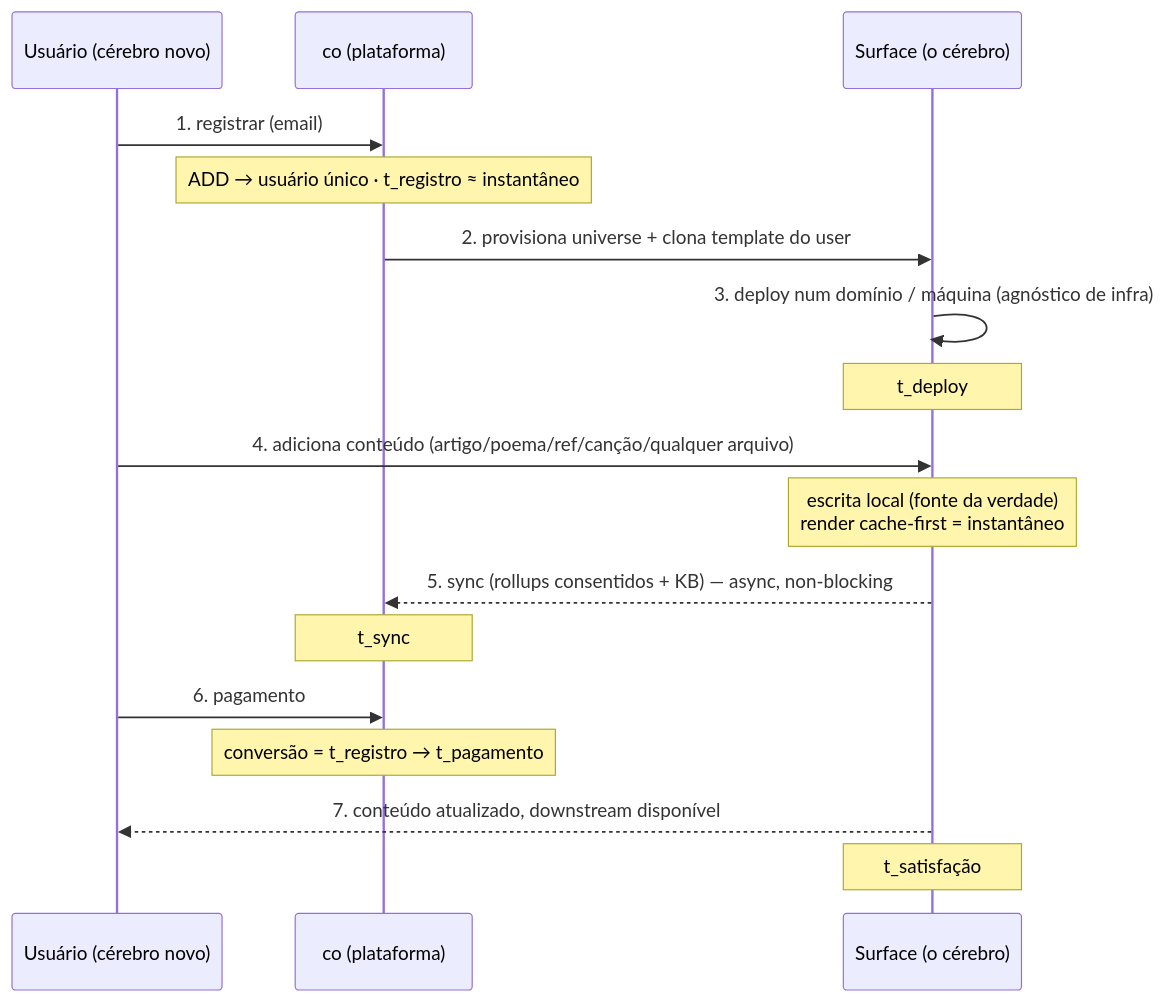
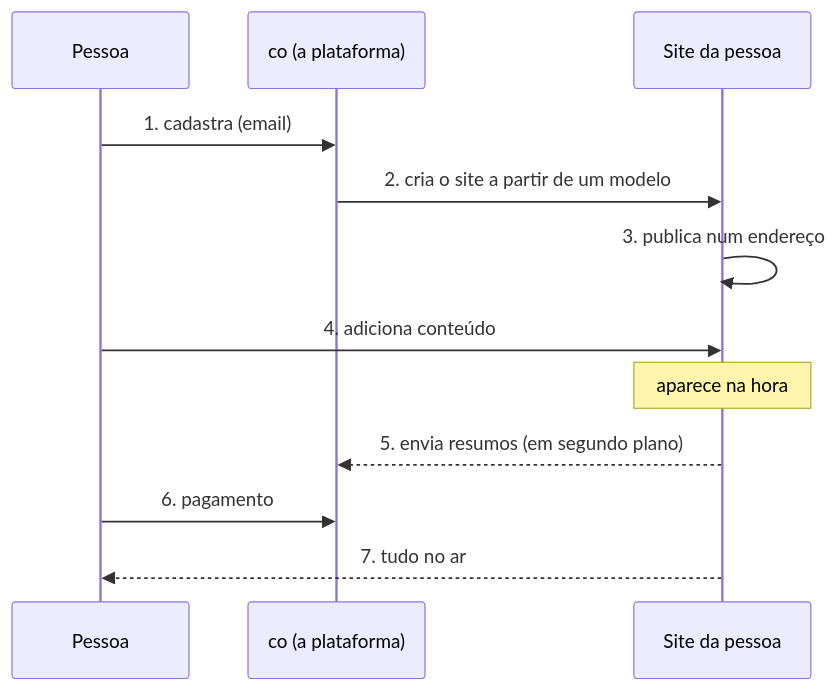
The third of 6 diagrams in docs/intelligence-as-a-service.pt.md (artelonga/ArteLonga), drawn with Mermaid before and after one commit. The commit also changed other lines of this file and 43 other files, not shown here.

First line of the commit message:
feat(docs): diagramas simples e legíveis (sem jargão) em todas as docs (#89)

````diff
--- a/docs/intelligence-as-a-service.pt.md
+++ b/docs/intelligence-as-a-service.pt.md
@@ -131,19 +117,14 @@
 ```mermaid
 sequenceDiagram
-  participant U as Usuário (cérebro novo)
-  participant CO as co (plataforma)
-  participant S as Surface (o cérebro)
-  U->>CO: 1. registrar (email)
-  Note over CO: ADD → usuário único · t_registro ≈ instantâneo
-  CO->>S: 2. provisiona universe + clona template do user
-  S->>S: 3. deploy num domínio / máquina (agnóstico de infra)
-  Note over S: t_deploy
-  U->>S: 4. adiciona conteúdo (artigo/poema/ref/canção/qualquer arquivo)
-  Note over S: escrita local (fonte da verdade)<br/>render cache-first = instantâneo
-  S-->>CO: 5. sync (rollups consentidos + KB) — async, non-blocking
-  Note over CO: t_sync
+  participant U as Pessoa
+  participant CO as co (a plataforma)
+  participant S as Site da pessoa
+  U->>CO: 1. cadastra (email)
+  CO->>S: 2. cria o site a partir de um modelo
+  S->>S: 3. publica num endereço
+  U->>S: 4. adiciona conteúdo
+  Note over S: aparece na hora
+  S-->>CO: 5. envia resumos (em segundo plano)
   U->>CO: 6. pagamento
-  Note over CO: conversão = t_registro → t_pagamento
-  S-->>U: 7. conteúdo atualizado, downstream disponível
-  Note over S: t_satisfação
+  S-->>U: 7. tudo no ar
 ```
````
